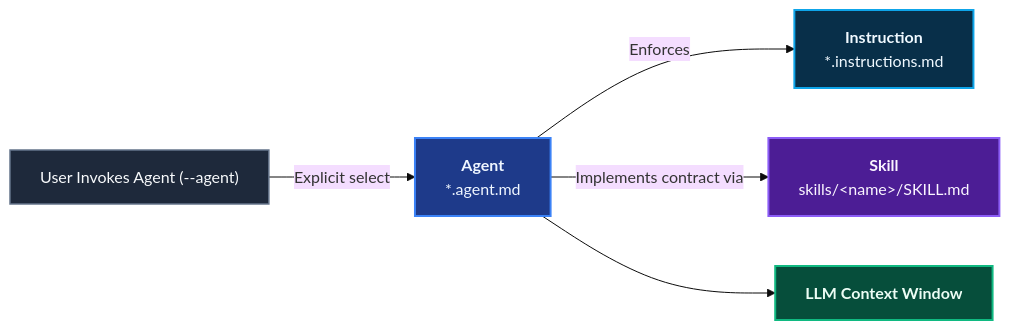
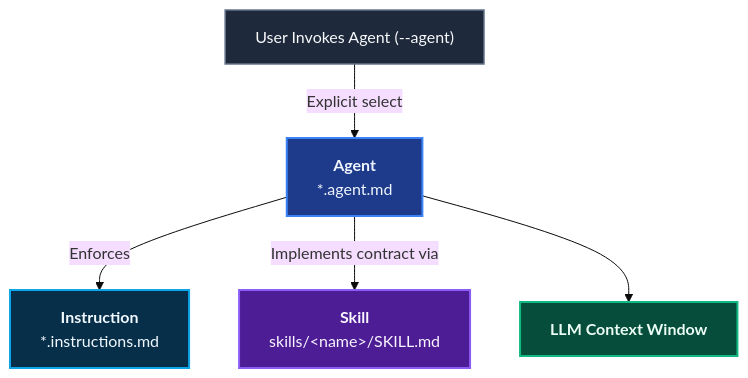
One commit to ALTEN-group/coding-pal changed the third of 6 diagrams in website/docs/guide/persistent-context.md. Above: the diagram before and after it, drawn with Mermaid (base theme). The commit also changed other lines of this file, not shown here.

Commit message:
fix: update persistent context diagrams for clarity and accuracy in event flow

````diff
--- a/website/docs/guide/persistent-context.md
+++ b/website/docs/guide/persistent-context.md
@@ -64,22 +68,22 @@
 ```mermaid
 ---
 caption: On-Demand Agent Loading
 ---
-flowchart LR
+flowchart TD
     E3["User Invokes Agent (--agent)"] -->|"Explicit select"| A["<b>Agent</b><br/>*.agent.md"]
     A -->|"Enforces"| I["<b>Instruction</b><br/>*.instructions.md"]
     A -->|"Implements contract via"| S["<b>Skill</b><br/>skills/&lt;name&gt;/SKILL.md"]
     A --> CTX["<b>LLM Context Window</b>"]
 
     classDef instruction fill:#082f49,stroke:#0ea5e9,stroke-width:2px,color:#f0f9ff;
     classDef agent fill:#1e3a8a,stroke:#3b82f6,stroke-width:2px,color:#eff6ff;
     classDef skill fill:#4c1d95,stroke:#8b5cf6,stroke-width:2px,color:#faf5ff;
     classDef execution fill:#064e3b,stroke:#10b981,stroke-width:2px,color:#ecfdf5;
     classDef event fill:#1e293b,stroke:#64748b,stroke-width:1.5px,color:#f8fafc;
 
     class I instruction;
     class A agent;
     class S skill;
     class CTX execution;
     class E3 event;
 ```
````
